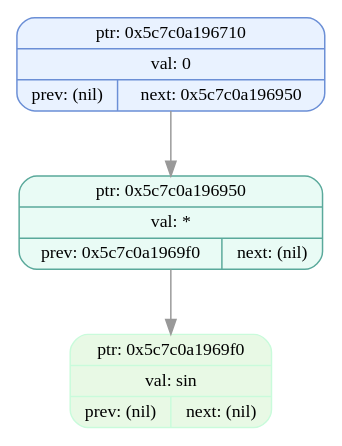
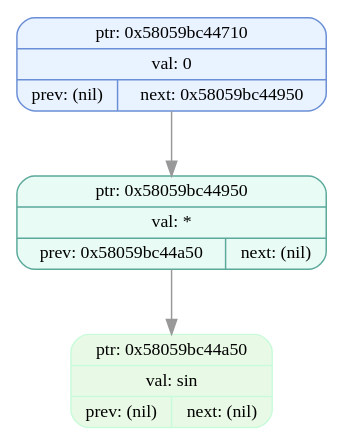
One commit to EvilTomato9890/Difference changed the diagram in dumps/tree_dump_001.dot. Above: the diagram before and after it, drawn with Graphviz. The commit also changed 29 other files, not shown here.

```diff
--- a/dumps/tree_dump_001.dot
+++ b/dumps/tree_dump_001.dot
@@ -1,9 +1,9 @@
 digraph T{
   node [fontname="Fira Mono",shape=record,style="filled,rounded",fontsize=12];
   graph [splines=true, nodesep=0.6, ranksep=0.6];
-  node_0x5c7c0a196710[shape=record,label="{ {ptr: 0x5c7c0a196710} | {val: 0} | { prev: (nil) | next: 0x5c7c0a196950 } }",color="#6b8fd6",fillcolor="#e9f2ff"];
-  node_0x5c7c0a196950[shape=record,label="{ {ptr: 0x5c7c0a196950} | {val: *} | { prev: 0x5c7c0a1969f0 | next: (nil) } }",color="#5aa99b",fillcolor="#e9fbf5"];
-  node_0x5c7c0a1969f0[shape=record,label="{ {ptr: 0x5c7c0a1969f0} | {val: sin} | { prev: (nil) | next: (nil) } }",color="#c9fbdbff",fillcolor="#e8f9e5ff"];
-  node_0x5c7c0a196710 -> node_0x5c7c0a196950 [color="#999999"];
-  node_0x5c7c0a196950 -> node_0x5c7c0a1969f0 [color="#999999"];
+  node_0x58059bc44710[shape=record,label="{ {ptr: 0x58059bc44710} | {val: 0} | { prev: (nil) | next: 0x58059bc44950 } }",color="#6b8fd6",fillcolor="#e9f2ff"];
+  node_0x58059bc44950[shape=record,label="{ {ptr: 0x58059bc44950} | {val: *} | { prev: 0x58059bc44a50 | next: (nil) } }",color="#5aa99b",fillcolor="#e9fbf5"];
+  node_0x58059bc44a50[shape=record,label="{ {ptr: 0x58059bc44a50} | {val: sin} | { prev: (nil) | next: (nil) } }",color="#c9fbdbff",fillcolor="#e8f9e5ff"];
+  node_0x58059bc44710 -> node_0x58059bc44950 [color="#999999"];
+  node_0x58059bc44950 -> node_0x58059bc44a50 [color="#999999"];
 }
```
